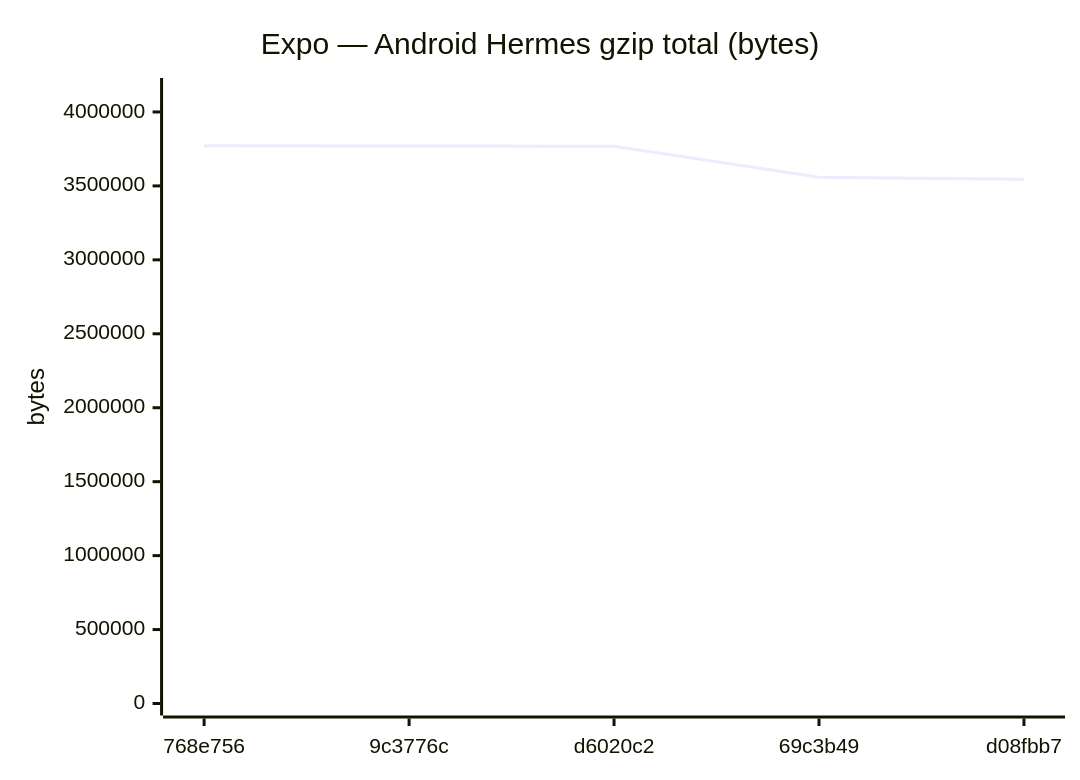
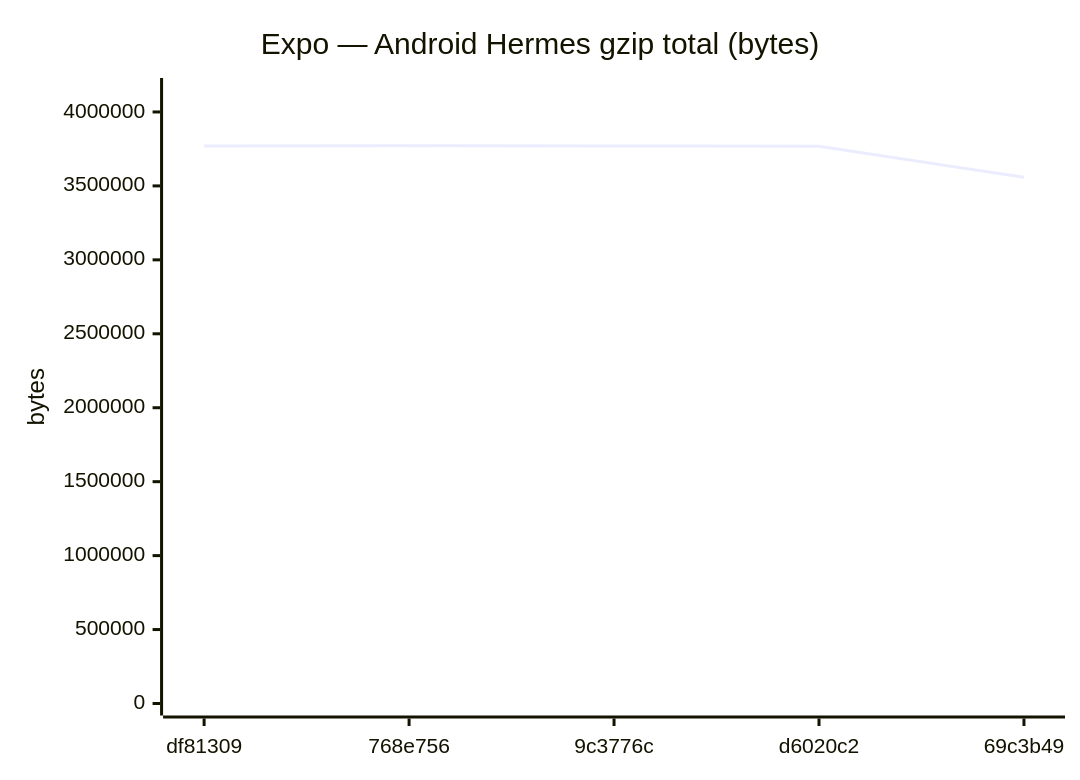
Diagram 11 of 18 in benchmarks/compare.md (Metaheurist/Rianell), drawn with Mermaid before and after one commit. The commit also changed other lines of this file and 11 other files, not shown here.

````diff
--- a/benchmarks/compare.md
+++ b/benchmarks/compare.md
@@ -172,7 +172,7 @@
 ```mermaid
 xychart-beta
     title "Expo — Android Hermes gzip total (bytes)"
-    x-axis ["768e756", "9c3776c", "d6020c2", "69c3b49", "d08fbb7"]
+    x-axis ["df81309", "768e756", "9c3776c", "d6020c2", "69c3b49"]
     y-axis "bytes" 0 --> 4148478
-    line [3771343, 3770634, 3767812, 3557908, 3544463]
+    line [3770634, 3771343, 3770634, 3767812, 3557908]
 ```
````
